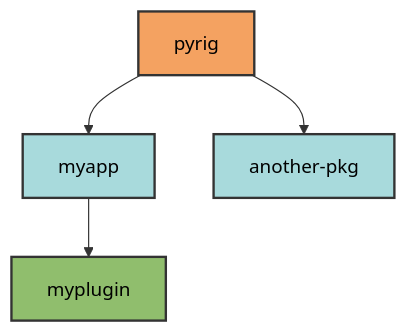
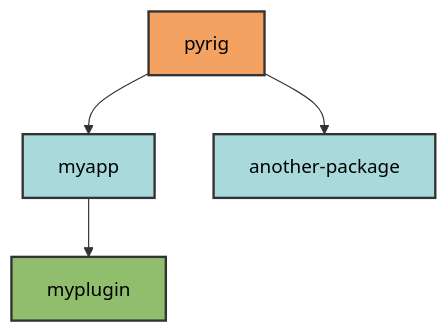
Before and after one commit to Winipedia/pyrig: the second of 3 diagrams in docs/cli/architecture.md, drawn with Mermaid. The commit also changed other lines of this file and 46 other files, not shown here.

Commit message:
pkg to contanat package usage of naming convetion

````diff
--- a/docs/cli/architecture.md
+++ b/docs/cli/architecture.md
@@ -108,15 +108,15 @@
 ```mermaid
 graph TD
     A[pyrig] --> B[myapp]
     B --> C[myplugin]
-    A --> D[another-pkg]
+    A --> D[another-package]
 
     A:::base
     B:::dep1
     C:::dep2
     D:::dep1
 
     classDef base fill:#f4a261,stroke:#333,stroke-width:2px,color:#000
     classDef dep1 fill:#a8dadc,stroke:#333,stroke-width:2px,color:#000
     classDef dep2 fill:#90be6d,stroke:#333,stroke-width:2px,color:#000
 ```
````
